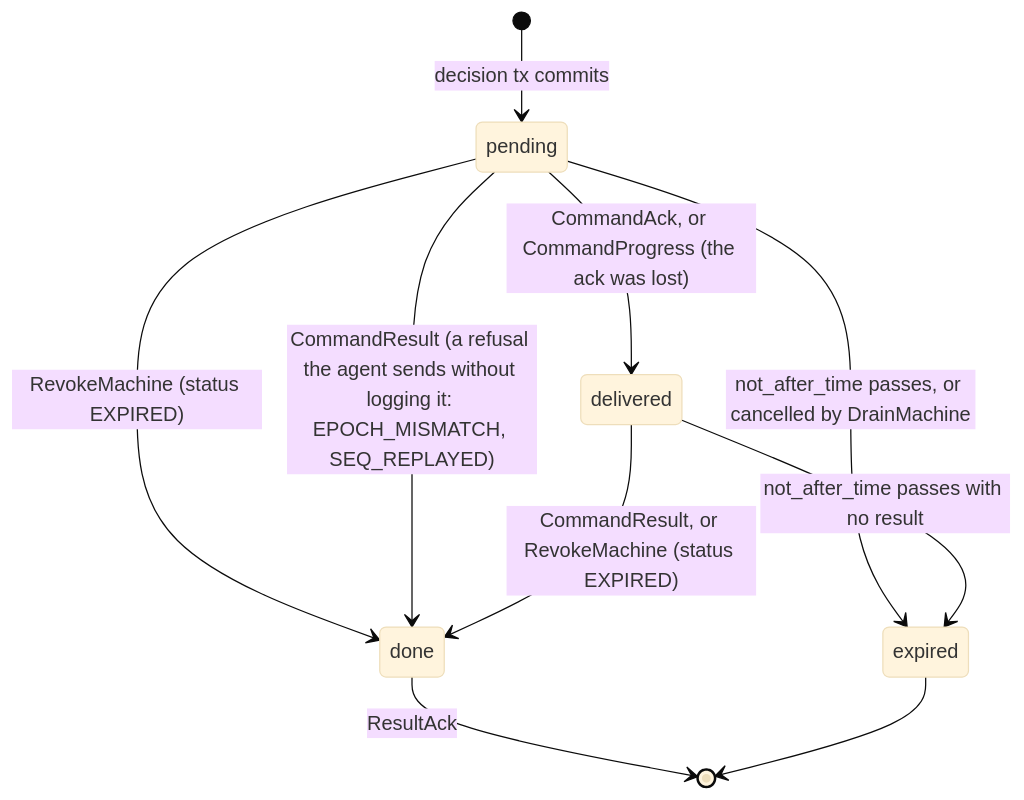
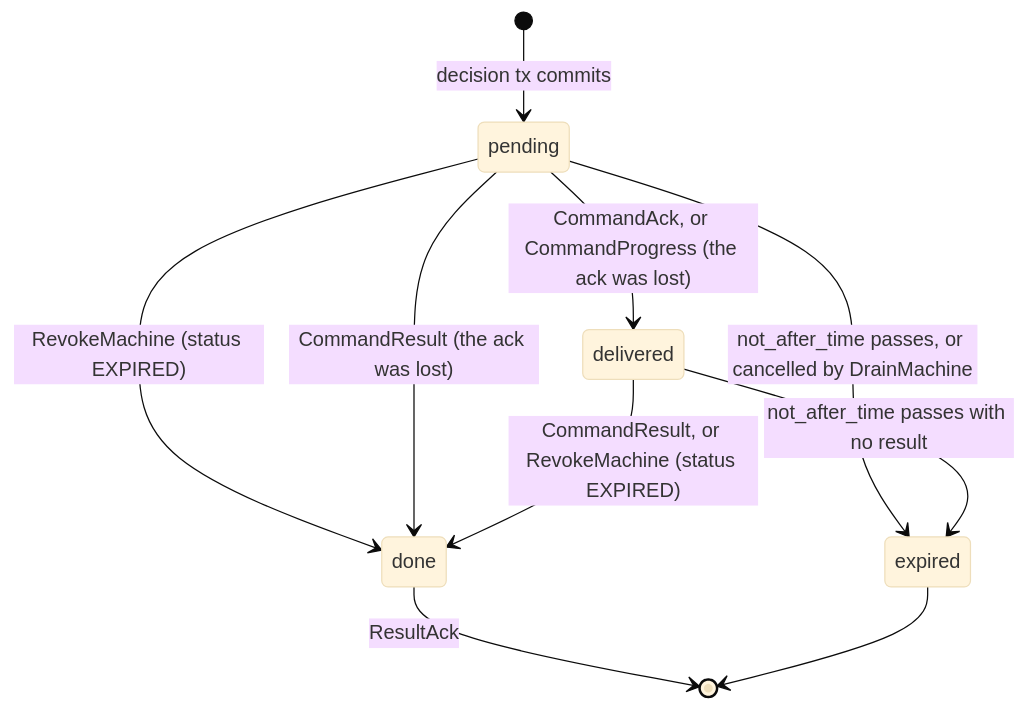
One commit to linuxdynasty/fleet-board changed the third of 3 diagrams in docs/specs/02i-delivery-and-sequencing.md. Above: the diagram before and after it, drawn with Mermaid (base theme). The commit also changed other lines of this file and 17 other files, not shown here.

````diff
--- a/docs/specs/02i-delivery-and-sequencing.md
+++ b/docs/specs/02i-delivery-and-sequencing.md
@@ -313,12 +313,12 @@
 ```mermaid
 stateDiagram-v2
   [*] --> pending: decision tx commits
   pending --> delivered: CommandAck, or CommandProgress (the ack was lost)
   pending --> expired: not_after_time passes, or cancelled by DrainMachine
   pending --> done: RevokeMachine (status EXPIRED)
-  pending --> done: CommandResult (a refusal the agent sends without logging it: EPOCH_MISMATCH, SEQ_REPLAYED)
+  pending --> done: CommandResult (the ack was lost)
   delivered --> done: CommandResult, or RevokeMachine (status EXPIRED)
   delivered --> expired: not_after_time passes with no result
   done --> [*]: ResultAck
   expired --> [*]
 ```
````
